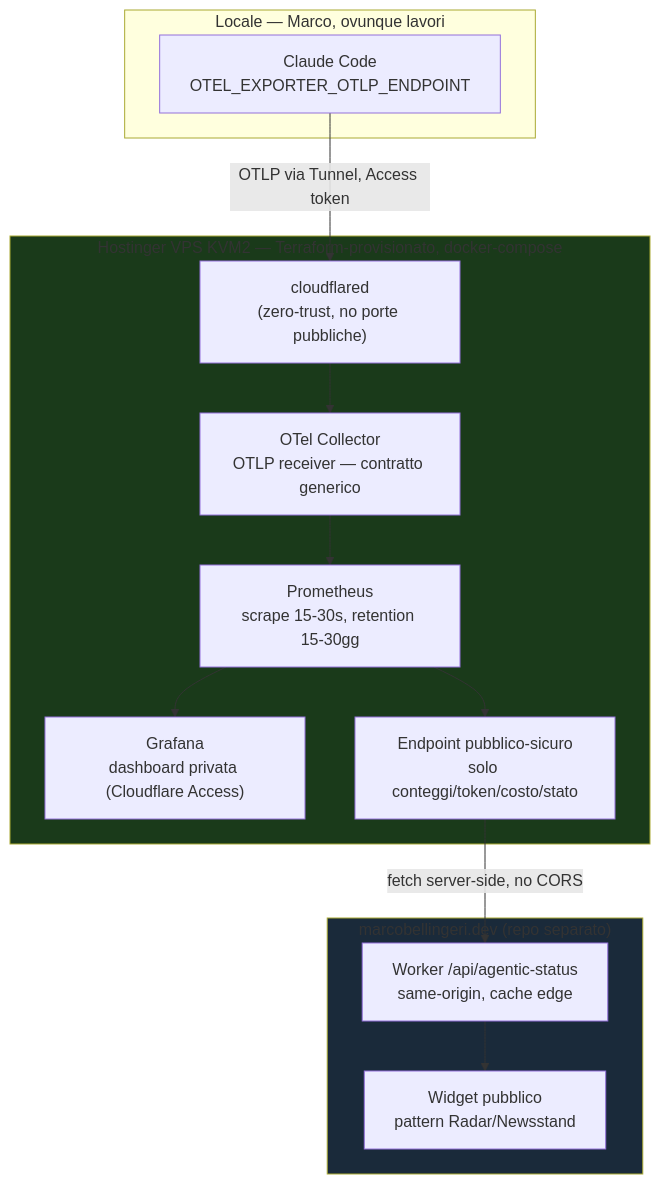
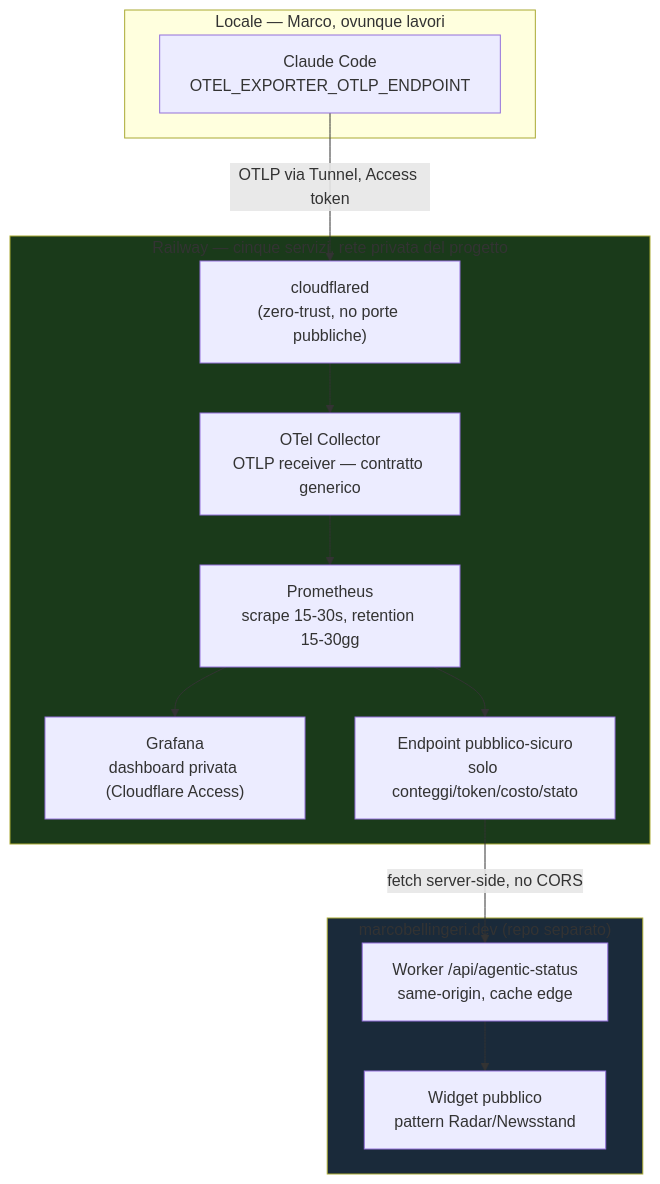
One commit to MK023/agentic-os changed the diagram in docs/superpowers/specs/2026-07-28-agentic-os-phase1-design.md. Above: the diagram before and after it, drawn with Mermaid. The commit also changed other lines of this file and 24 other files, not shown here.

First line of the commit message:
chore: Railway only — remove the VPS path from the repository

````diff
--- a/docs/superpowers/specs/2026-07-28-agentic-os-phase1-design.md
+++ b/docs/superpowers/specs/2026-07-28-agentic-os-phase1-design.md
@@ -46,28 +48,28 @@
 ```mermaid
 flowchart TB
     subgraph LOCALE["Locale — Marco, ovunque lavori"]
         CC["Claude Code<br/>OTEL_EXPORTER_OTLP_ENDPOINT"]
     end
 
-    subgraph VPS["Hostinger VPS KVM2 — Terraform-provisionato, docker-compose"]
+    subgraph HUB["Railway — cinque servizi, rete privata del progetto"]
         CF["cloudflared<br/>(zero-trust, no porte pubbliche)"]
         OTEL["OTel Collector<br/>OTLP receiver — contratto generico"]
         PROM["Prometheus<br/>scrape 15-30s, retention 15-30gg"]
         GRAF["Grafana<br/>dashboard privata (Cloudflare Access)"]
         PUBAPI["Endpoint pubblico-sicuro<br/>solo conteggi/token/costo/stato"]
         CF --> OTEL --> PROM --> GRAF
         PROM --> PUBAPI
     end
 
     subgraph SITE["marcobellingeri.dev (repo separato)"]
         WORKER["Worker /api/agentic-status<br/>same-origin, cache edge"]
         WIDGET["Widget pubblico<br/>pattern Radar/Newsstand"]
         WORKER --> WIDGET
     end
 
     CC -->|OTLP via Tunnel, Access token| CF
     PUBAPI -->|fetch server-side, no CORS| WORKER
 
-    style VPS fill:#1a3a1a
+    style HUB fill:#1a3a1a
     style SITE fill:#1a2a3a
 ```
````
